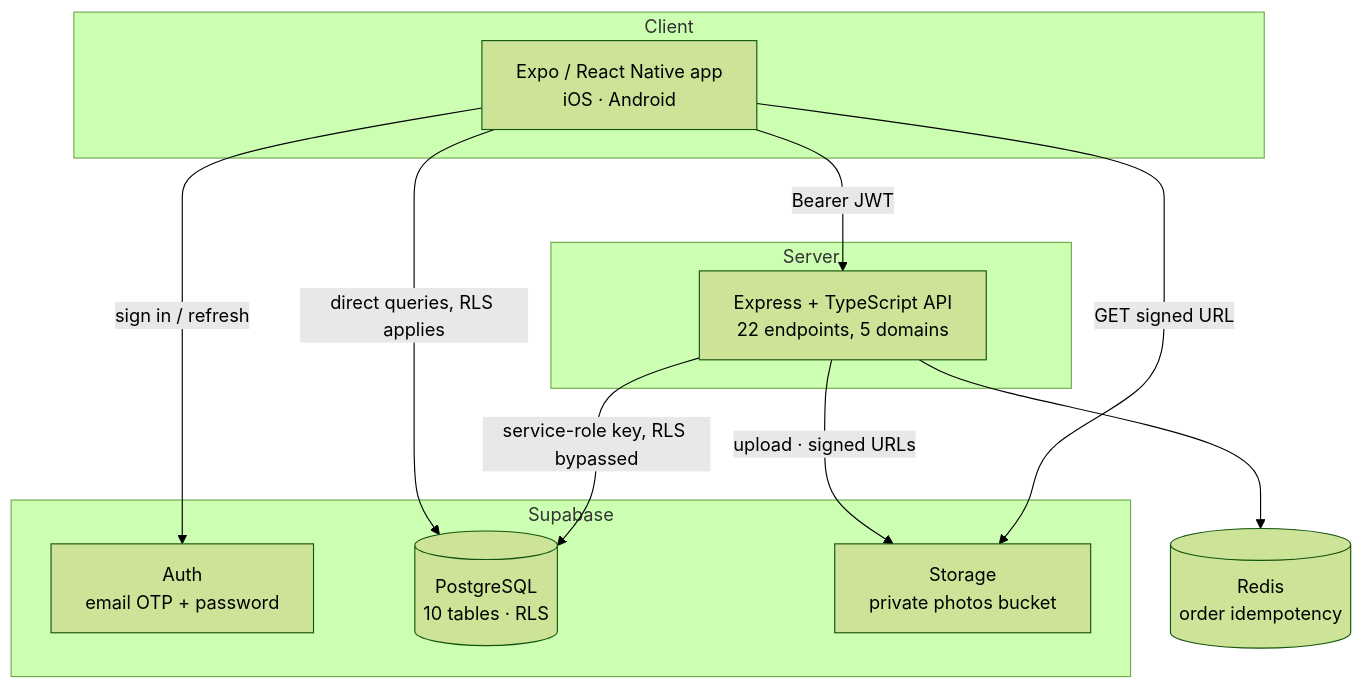
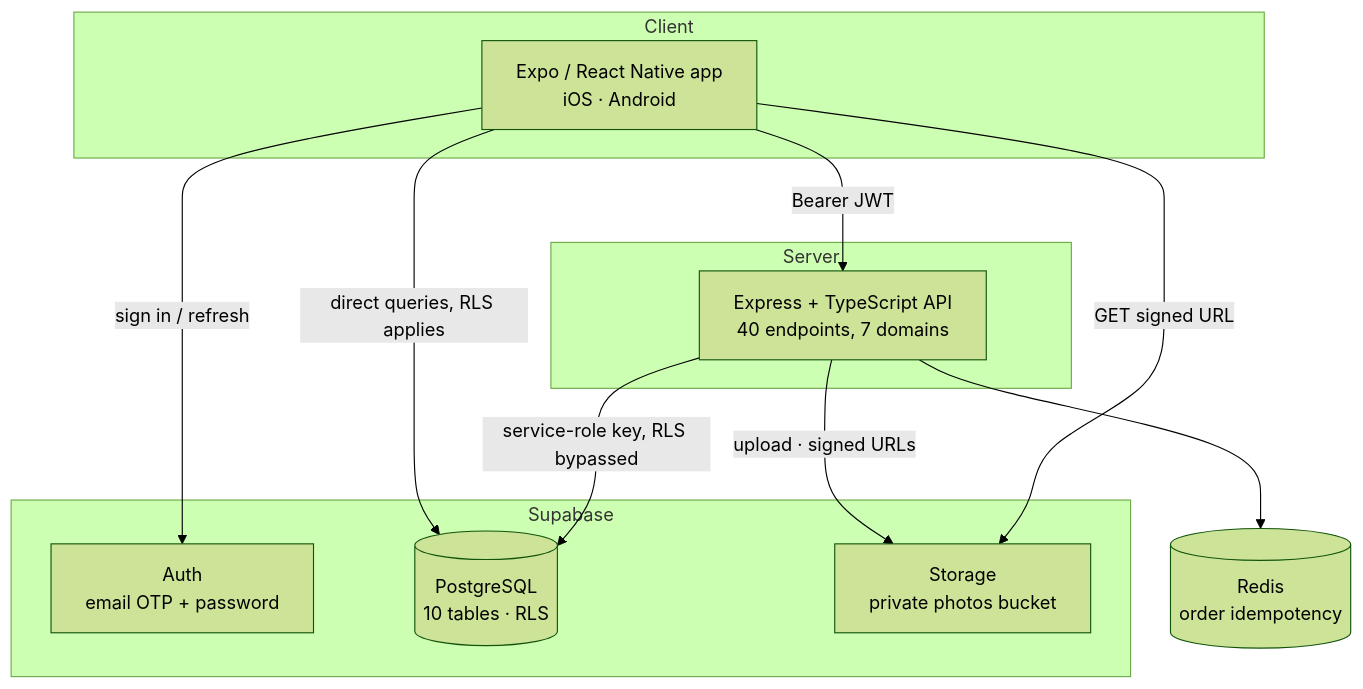
One commit to vexora-0/hive changed the first of 3 diagrams in docs/architecture.md. Above: the diagram before and after it, drawn with Mermaid (forest theme).

Commit message:
docs(api): count the endpoints the API actually serves
The system-overview diagram labelled the API "22 endpoints, 5 domains". It
serves 40 across 7: admin 18, photo 7, notification 4, order 4, schools 3,
feed 2, profile 2. The label predates the seven lifecycle endpoints added on
2 August and the schools and profile route groups.

This matters more than an out-of-date comment usually would. The diagram is
Figure 2.1 of the capstone report, and the same report states 40 endpoints in
two other places, so as it stood the submission contradicted itself in a
picture — the one part of a document an examiner is most likely to look at
first.

Counted rather than estimated:
  grep -cE "router\.(get|post|patch|put|delete)\(" src/routes/*.ts

The "10 tables" label on the database node was checked at the same time and is
correct.

Area: architecture (Ruthwik)

````diff
--- a/docs/architecture.md
+++ b/docs/architecture.md
@@ -27,23 +27,23 @@
 ```mermaid
 graph TB
     subgraph Client
         APP["Expo / React Native app<br/>iOS · Android"]
     end
     subgraph Server
-        API["Express + TypeScript API<br/>22 endpoints, 5 domains"]
+        API["Express + TypeScript API<br/>40 endpoints, 7 domains"]
     end
     subgraph Supabase
         AUTH["Auth<br/>email OTP + password"]
         DB[("PostgreSQL<br/>10 tables · RLS")]
         STORE["Storage<br/>private photos bucket"]
     end
     REDIS[("Redis<br/>order idempotency")]
 
     APP -- "Bearer JWT" --> API
     APP -- "direct queries, RLS applies" --> DB
     APP -- "sign in / refresh" --> AUTH
     API -- "service-role key, RLS bypassed" --> DB
     API -- "upload · signed URLs" --> STORE
     API --> REDIS
     APP -- "GET signed URL" --> STORE
 ```
````
